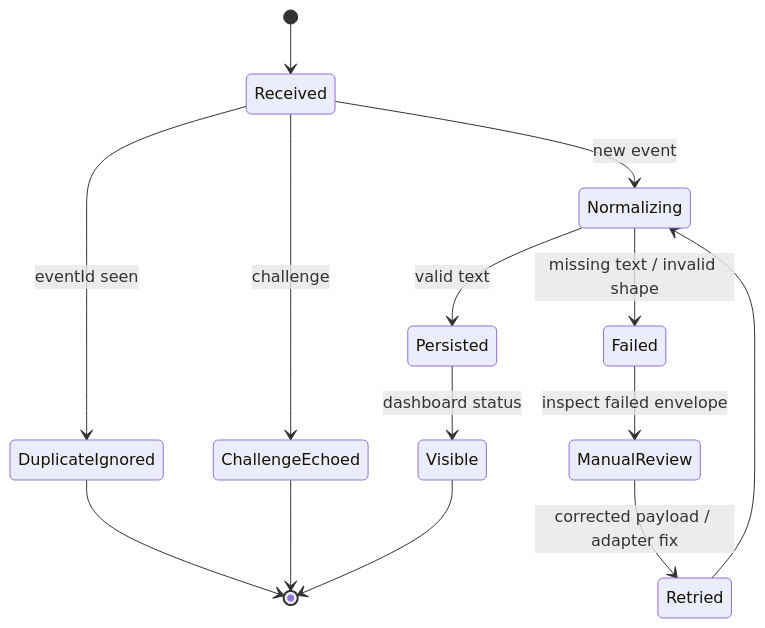
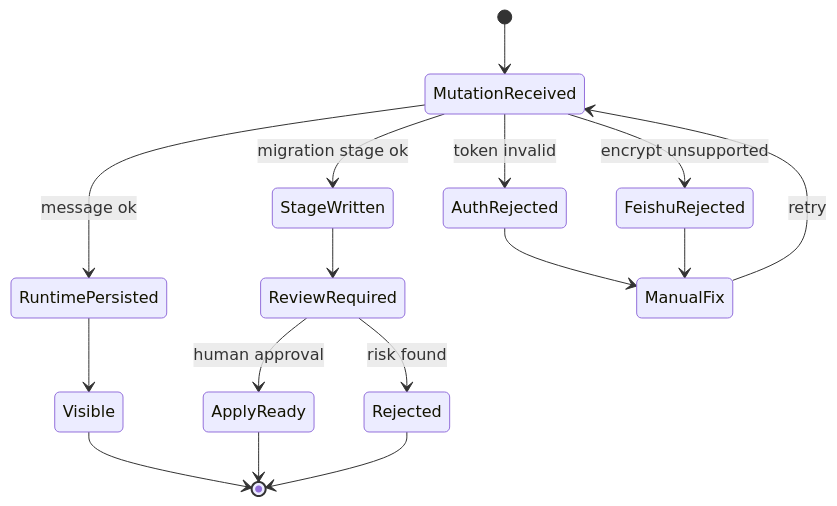
Before and after one commit to mayf3/myclaw: the fifth of 9 diagrams in docs/implementation-architecture.md, drawn with Mermaid. The commit also changed other lines of this file and 18 other files, not shown here.

Commit message:
feat: guard gateway mutations and stage openclaw migration

````diff
--- a/docs/implementation-architecture.md
+++ b/docs/implementation-architecture.md
@@ -147,16 +170,18 @@
 ```mermaid
 stateDiagram-v2
-  [*] --> Received
-  Received --> ChallengeEchoed: challenge
-  Received --> DuplicateIgnored: eventId seen
-  Received --> Normalizing: new event
-  Normalizing --> Persisted: valid text
-  Normalizing --> Failed: missing text / invalid shape
-  Persisted --> Visible: dashboard status
-  Failed --> ManualReview: inspect failed envelope
-  ManualReview --> Retried: corrected payload / adapter fix
-  Retried --> Normalizing
-  DuplicateIgnored --> [*]
-  ChallengeEchoed --> [*]
+  [*] --> MutationReceived
+  MutationReceived --> AuthRejected: token invalid
+  MutationReceived --> FeishuRejected: encrypt unsupported
+  MutationReceived --> RuntimePersisted: message ok
+  MutationReceived --> StageWritten: migration stage ok
+  RuntimePersisted --> Visible
+  StageWritten --> ReviewRequired
+  ReviewRequired --> ApplyReady: human approval
+  ReviewRequired --> Rejected: risk found
+  AuthRejected --> ManualFix
+  FeishuRejected --> ManualFix
+  ManualFix --> MutationReceived: retry
   Visible --> [*]
+  ApplyReady --> [*]
+  Rejected --> [*]
 ```
````
